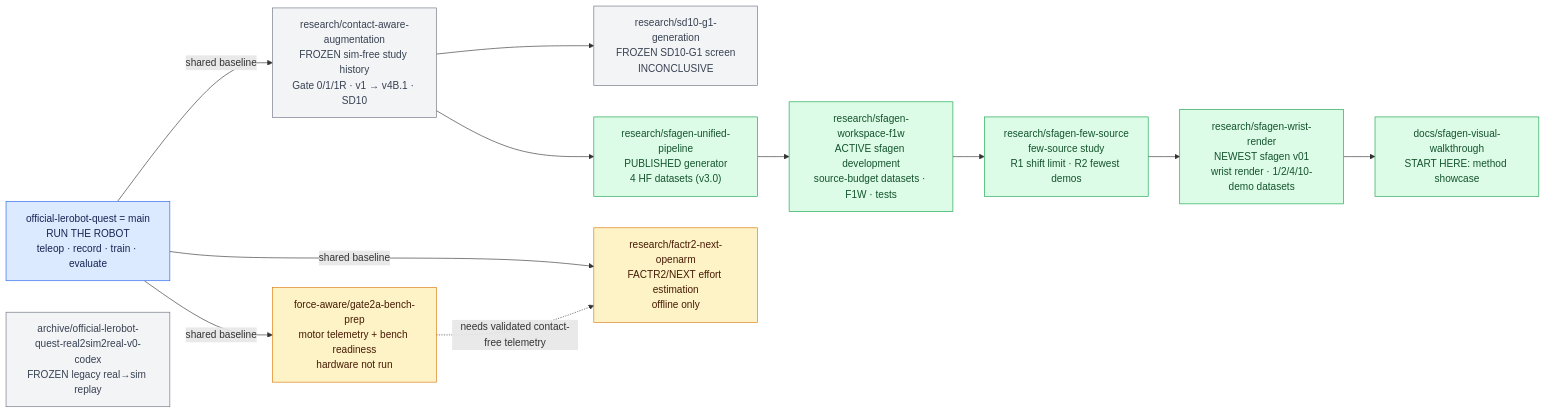
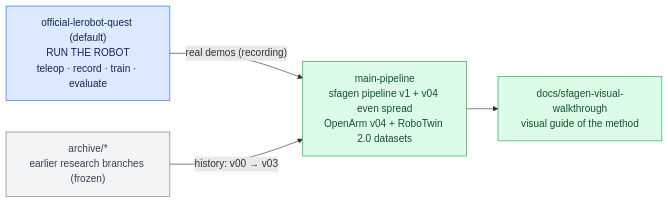
One commit to StanleyChueh/lerobot_openarm changed the diagram in README.md. Above: the diagram before and after it, drawn with Mermaid. The commit also changed other lines of this file and 1 other file, not shown here.

Commit message:
docs: branch map - main-pipeline (sfagen v1/v04, OpenArm + RoboTwin datasets) + official-lerobot-quest; earlier research branches and main archived under archive/*

````diff
--- a/README.md
+++ b/README.md
@@ -13,27 +12,16 @@
 ```mermaid
 flowchart LR
-    BASE["official-lerobot-quest = main<br/>RUN THE ROBOT<br/>teleop · record · train · evaluate"]
-
-    BASE -->|shared baseline| HIST["research/contact-aware-augmentation<br/>FROZEN sim-free study history<br/>Gate 0/1/1R · v1 → v4B.1 · SD10"]
-    HIST --> G1["research/sd10-g1-generation<br/>FROZEN SD10-G1 screen<br/>INCONCLUSIVE"]
-    HIST --> SFAGEN["research/sfagen-unified-pipeline<br/>PUBLISHED generator<br/>4 HF datasets (v3.0)"]
-    SFAGEN --> F1W["research/sfagen-workspace-f1w<br/>ACTIVE sfagen development<br/>source-budget datasets · F1W · tests"]
-    F1W --> FEW["research/sfagen-few-source<br/>few-source study<br/>R1 shift limit · R2 fewest demos"]
-    FEW --> WR["research/sfagen-wrist-render<br/>NEWEST sfagen v01<br/>wrist render · 1/2/4/10-demo datasets"]
-    WR --> DOCS["docs/sfagen-visual-walkthrough<br/>START HERE: method showcase"]
-
-    BASE -->|shared baseline| BENCH["force-aware/gate2a-bench-prep<br/>motor telemetry + bench readiness<br/>hardware not run"]
-    BASE -->|shared baseline| NEXT["research/factr2-next-openarm<br/>FACTR2/NEXT effort estimation<br/>offline only"]
-    BENCH -.->|"needs validated contact-free telemetry"| NEXT
-
-    ARCH["archive/official-lerobot-quest-real2sim2real-v0-codex<br/>FROZEN legacy real→sim replay"]
-
+    BASE["official-lerobot-quest (default)<br/>RUN THE ROBOT<br/>teleop · record · train · evaluate"]
+    MAIN["main-pipeline<br/>sfagen pipeline v1 + v04 even spread<br/>OpenArm v04 + RoboTwin 2.0 datasets"]
+    DOCS["docs/sfagen-visual-walkthrough<br/>visual guide of the method"]
+    ARCH["archive/*<br/>earlier research branches (frozen)"]
+    BASE -->|"real demos (recording)"| MAIN
+    ARCH -->|"history: v00 → v03"| MAIN
+    MAIN --> DOCS
     classDef run fill:#dbeafe,stroke:#2563eb,color:#172554
     classDef active fill:#dcfce7,stroke:#16a34a,color:#14532d
     classDef frozen fill:#f3f4f6,stroke:#6b7280,color:#374151
-    classDef force fill:#fef3c7,stroke:#d97706,color:#451a03
     class BASE run
-    class SFAGEN,F1W,FEW,WR,DOCS active
-    class HIST,G1,ARCH frozen
-    class BENCH,NEXT force
+    class MAIN,DOCS active
+    class ARCH frozen
 ```
````
